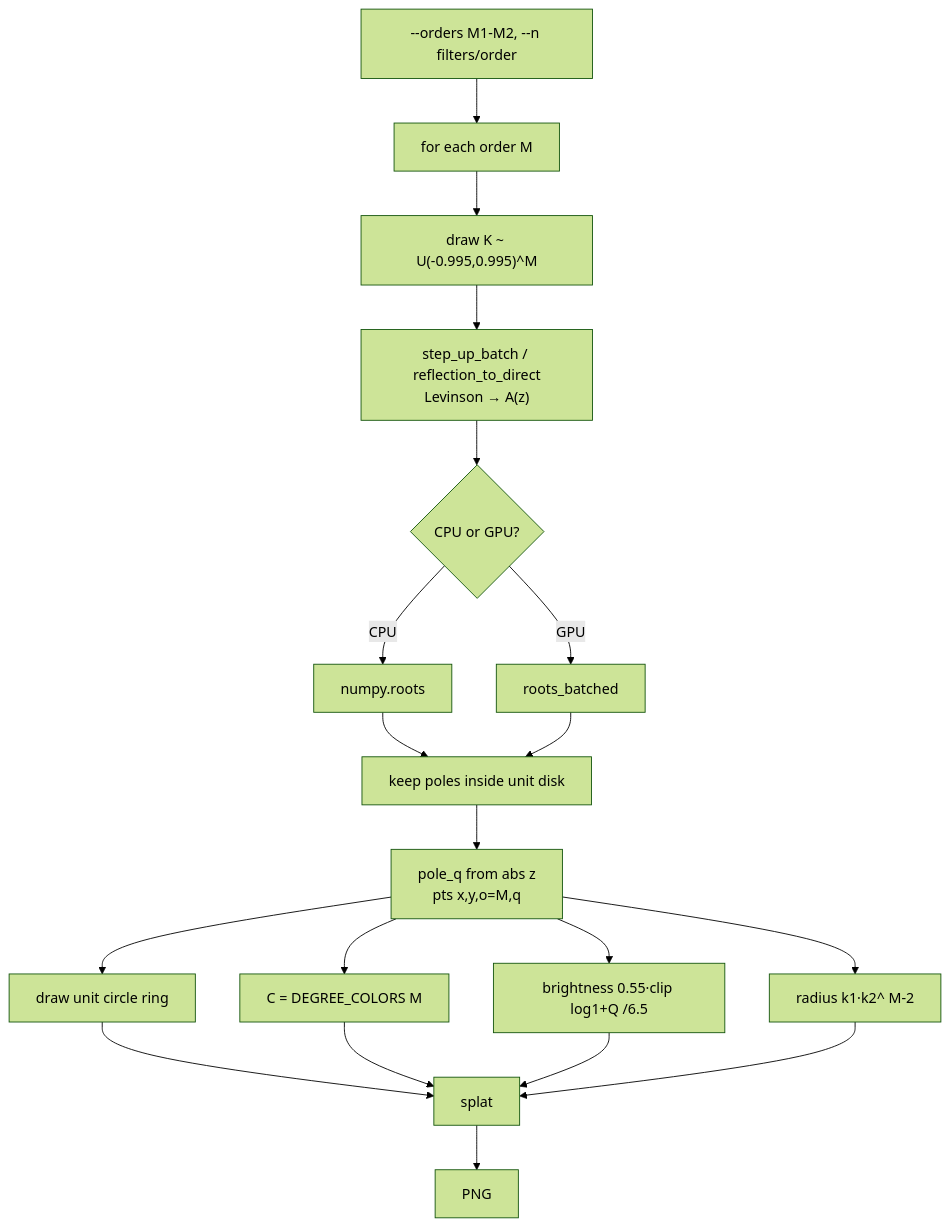
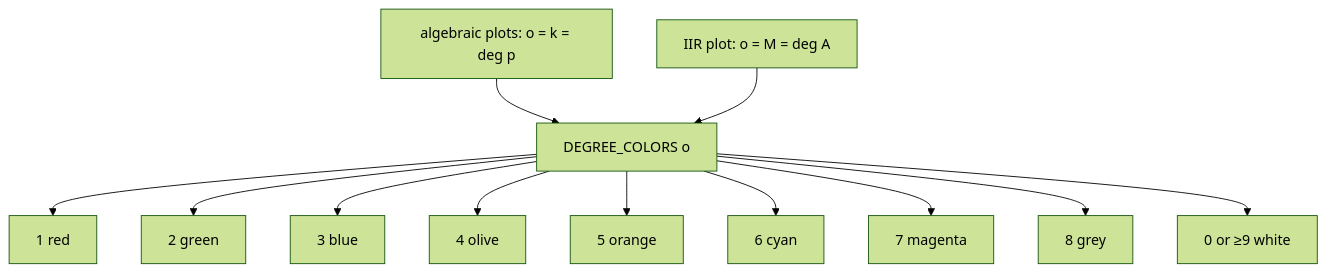
The diagram in README.md (ST-48-1240162/Constellatio-Numerorum), drawn with Mermaid (forest theme) before and after one commit. The commit also changed other lines of this file, not shown here.

````diff
--- a/README.md
+++ b/README.md
@@ -173,21 +23,16 @@
 ```mermaid
 flowchart TD
-  A["--orders M1-M2, --n filters/order"] --> B["for each order M"]
-  B --> C["draw K ~ U(-0.995,0.995)^M"]
-  C --> D["step_up_batch / reflection_to_direct\nLevinson → A(z)"]
-  D --> E{CPU or GPU?}
-  E -->|CPU| F["numpy.roots"]
-  E -->|GPU| G["roots_batched"]
-  F --> H["keep poles inside unit disk"]
-  G --> H
-  H --> I["pole_q from abs z\npts x,y,o=M,q"]
-  I --> J["draw unit circle ring"]
-  I --> K["C = DEGREE_COLORS M"]
-  I --> L["brightness 0.55·clip log1+Q /6.5"]
-  I --> M["radius k1·k2^ M-2"]
-  J --> N[splat]
-  K --> N
-  L --> N
-  M --> N
-  N --> O[PNG]
+  alg["algebraic plots: o = k = deg p"]
+  iir["IIR plot: o = M = deg A"]
+  alg --> lut["DEGREE_COLORS o"]
+  iir --> lut
+  lut --> c1["1 red"]
+  lut --> c2["2 green"]
+  lut --> c3["3 blue"]
+  lut --> c4["4 olive"]
+  lut --> c5["5 orange"]
+  lut --> c6["6 cyan"]
+  lut --> c7["7 magenta"]
+  lut --> c8["8 grey"]
+  lut --> c9["0 or ≥9 white"]
 ```
````
